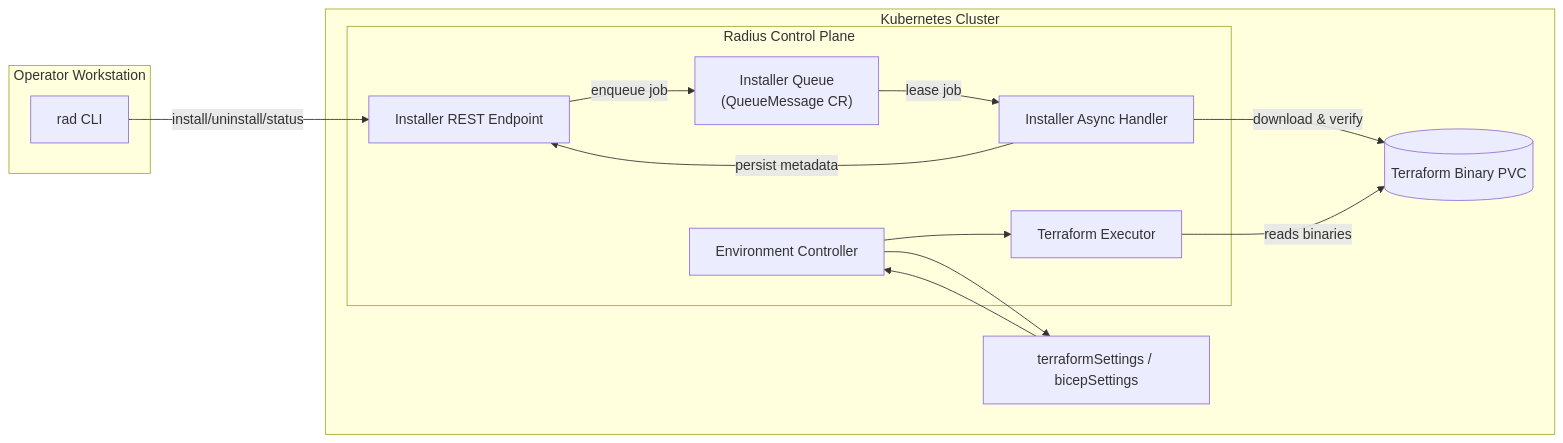
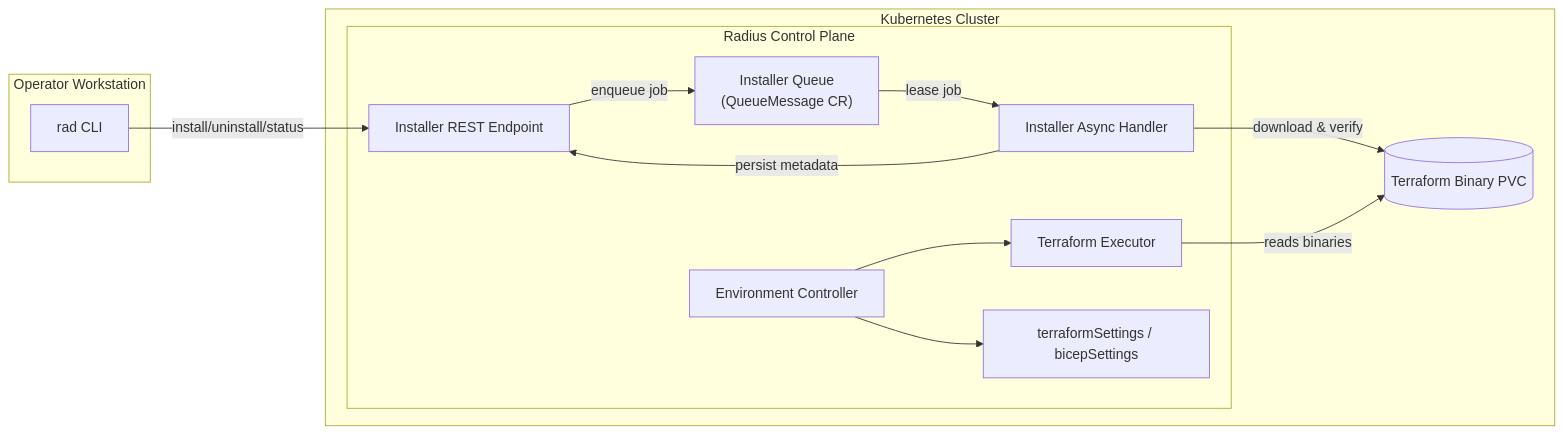
Before and after one commit to radius-project/design-notes: the diagram in architecture/2025-10-terraform-bicep-settings.md, drawn with Mermaid. The commit also changed other lines of this file and 1 other file, not shown here.

````diff
--- a/architecture/2025-10-terraform-bicep-settings.md
+++ b/architecture/2025-10-terraform-bicep-settings.md
@@ -79,27 +89,26 @@
 ```mermaid
 flowchart LR
     subgraph Operator Workstation
         CLI[rad CLI]
     end
     subgraph Kubernetes Cluster
         subgraph Radius Control Plane
             API[Installer REST Endpoint]
             QUEUE["Installer Queue\n(QueueMessage CR)"]
             CTRL["Installer Async Handler"]
             ENVCTRL[Environment Controller]
             EXEC[Terraform Executor]
+            SETTINGS[terraformSettings / bicepSettings]
         end
         PVC[(Terraform Binary PVC)]
-        SETTINGS[terraformSettings / bicepSettings]
     end
 
     CLI -->|install/uninstall/status| API
     API -->|enqueue job| QUEUE
     QUEUE -->|lease job| CTRL
     CTRL -->|download & verify| PVC
     CTRL -->|persist metadata| API
     ENVCTRL --> SETTINGS
     ENVCTRL --> EXEC
     EXEC -->|reads binaries| PVC
-    SETTINGS --> ENVCTRL
 ```
````
